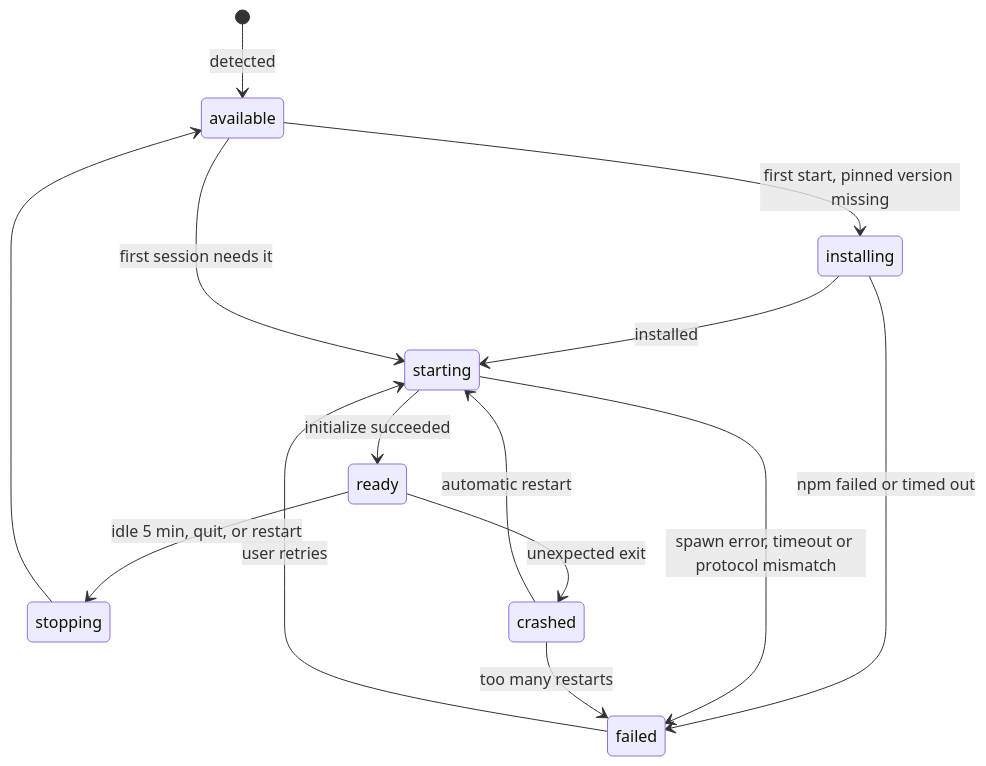
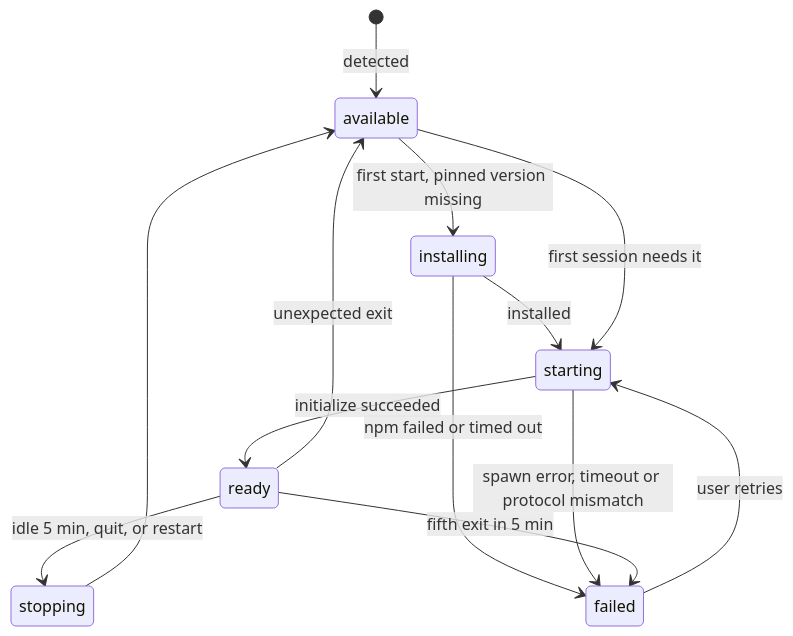
The diagram in docs/design/agent-host.md (KettuAI/Kettu), drawn with Mermaid before and after one commit. The commit also changed other lines of this file and 23 other files, not shown here.

````diff
--- a/docs/design/agent-host.md
+++ b/docs/design/agent-host.md
@@ -166,16 +166,15 @@
 ```mermaid
 stateDiagram-v2
   [*] --> available: detected
   available --> installing: first start, pinned version missing
   installing --> starting: installed
   installing --> failed: npm failed or timed out
   available --> starting: first session needs it
   starting --> ready: initialize succeeded
   starting --> failed: spawn error, timeout or protocol mismatch
   ready --> stopping: idle 5 min, quit, or restart
-  ready --> crashed: unexpected exit
-  crashed --> starting: automatic restart
-  crashed --> failed: too many restarts
+  ready --> available: unexpected exit
+  ready --> failed: fifth exit in 5 min
   stopping --> available
   failed --> starting: user retries
 ```
````
